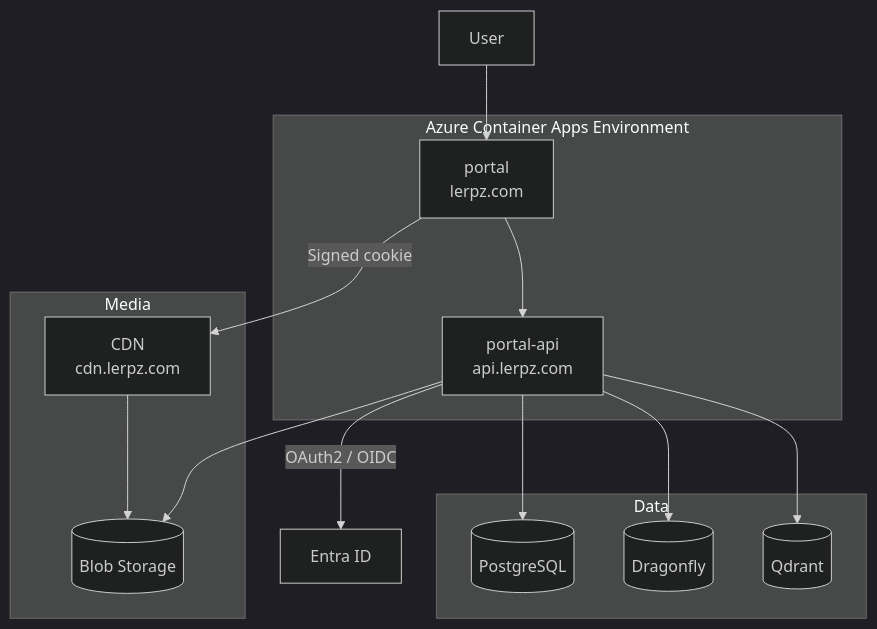
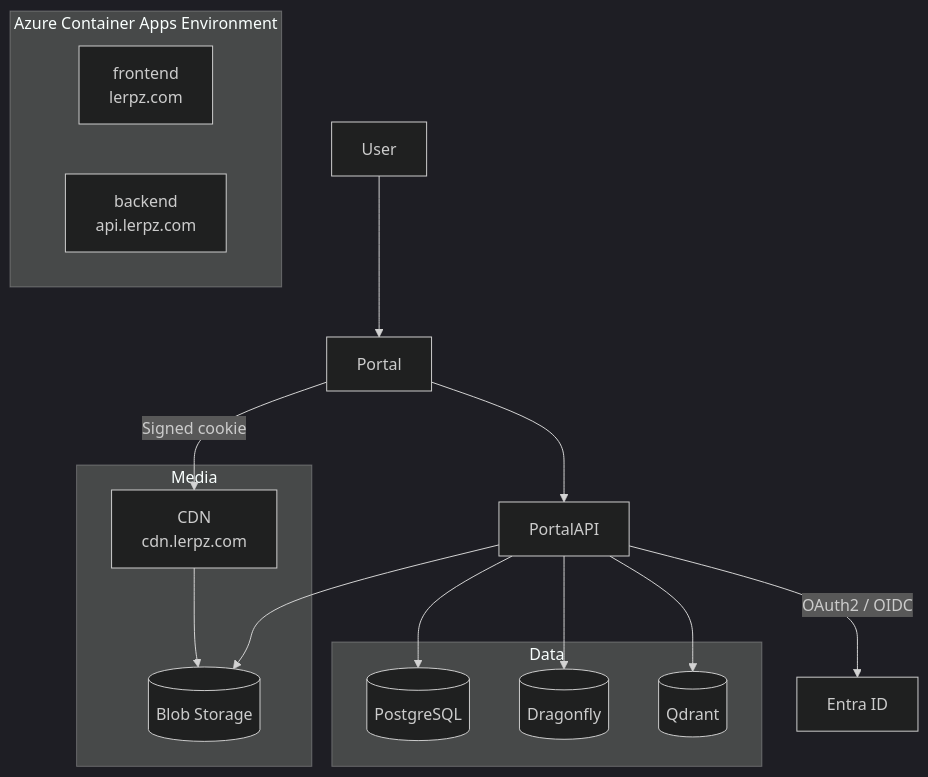
One commit to Kanerix/lerpz-com changed the first of 2 diagrams in docs/INFRA.md. Above: the diagram before and after it, drawn with Mermaid (dark theme).

Commit message:
fix: naming in docs

````diff
--- a/docs/INFRA.md
+++ b/docs/INFRA.md
@@ -7,32 +7,32 @@
 ```mermaid
 graph TD
     User:::accent0
 
     subgraph aca[Azure Container Apps Environment]
-        Portal[portal\nlerpz.com]:::accent1
-        PortalAPI[portal-api\napi.lerpz.com]:::accent2
+        Frontend[frontend\nlerpz.com]:::accent1
+        Backend[backend\napi.lerpz.com]:::accent2
     end
 
     subgraph data[Data]
         Postgres[(PostgreSQL)]:::accent5
         Dragonfly[(Dragonfly)]:::accent5
         Qdrant[(Qdrant)]:::accent5
     end
 
     subgraph media[Media]
         CDN[CDN\ncdn.lerpz.com]:::accent4
         Storage[(Blob Storage)]:::accent5
     end
 
     EntraID[Entra ID]:::accent6
 
     User --> Portal
     Portal -->|Signed cookie| CDN
     Portal --> PortalAPI
     PortalAPI --> Postgres
     PortalAPI --> Dragonfly
     PortalAPI --> Qdrant
     PortalAPI --> Storage
     PortalAPI -->|OAuth2 / OIDC| EntraID
     CDN -->Storage
 ```
````
